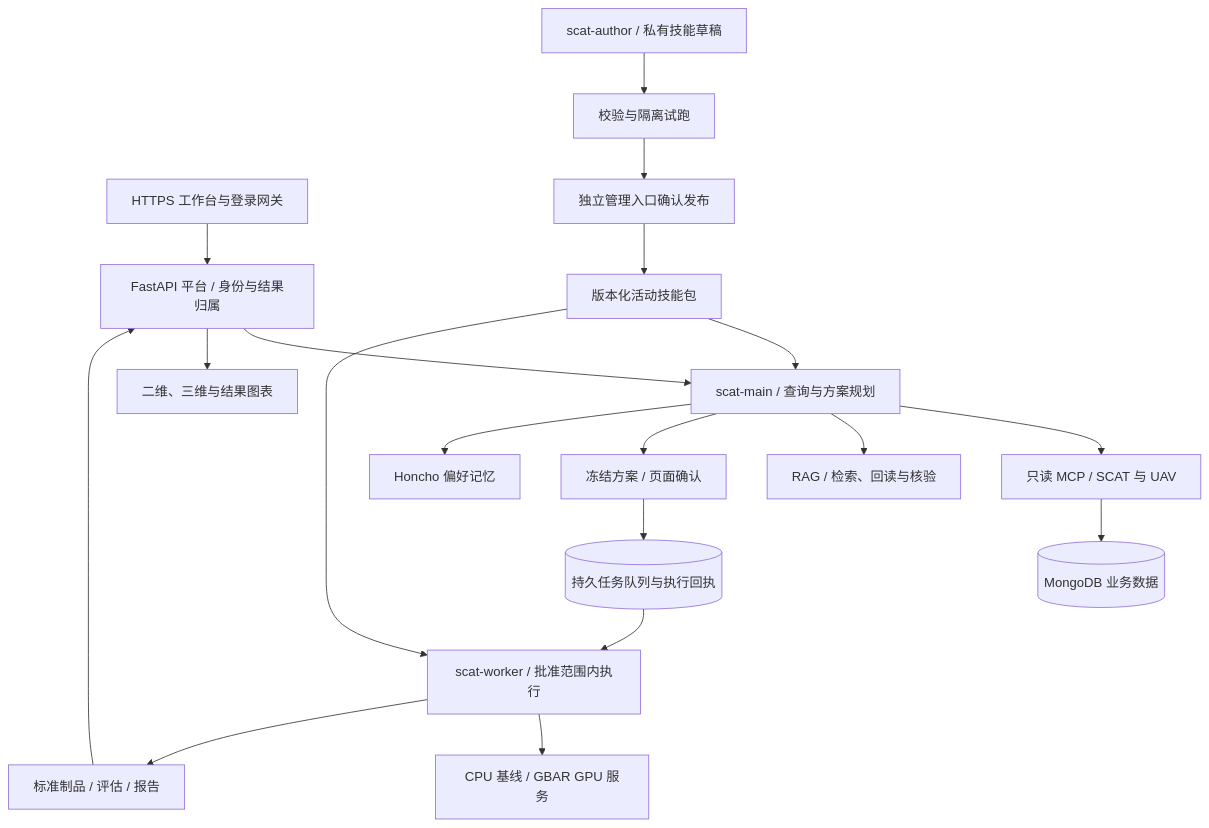
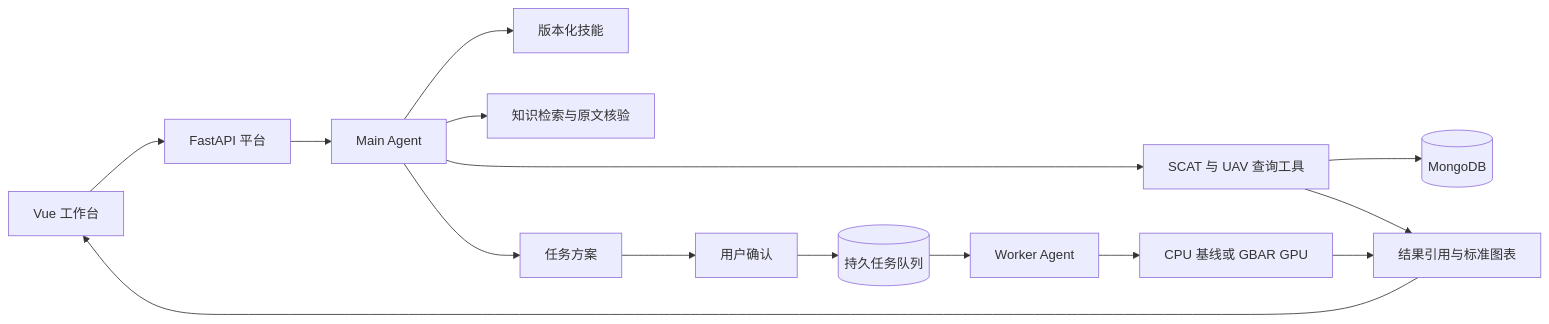
One commit to ham114/scat-hermes-platform changed the diagram in README.md. Above: the diagram before and after it, drawn with Mermaid. The commit also changed other lines of this file and 539 other files, not shown here.

````diff
--- a/README.md
+++ b/README.md
@@ -28,21 +28,17 @@
 ```mermaid
-flowchart TD
-    U[HTTPS 工作台与登录网关] --> P[FastAPI 平台 / 身份与结果归属]
-    P --> M[scat-main / 查询与方案规划]
-    M --> Q[只读 MCP / SCAT 与 UAV]
-    Q --> DB[(MongoDB 业务数据)]
-    M --> R[RAG / 检索、回读与核验]
-    M --> C[冻结方案 / 页面确认]
-    C --> J[(持久任务队列与执行回执)]
-    J --> W[scat-worker / 批准范围内执行]
-    W --> B[CPU 基线 / GBAR GPU 服务]
-    W --> A[标准制品 / 评估 / 报告]
-    A --> P
-    P --> V[二维、三维与结果图表]
-    M --> H[Honcho 偏好记忆]
-    S[scat-author / 私有技能草稿] --> T[校验与隔离试跑]
-    T --> G[独立管理入口确认发布]
-    G --> K[版本化活动技能包]
-    K --> M
-    K --> W
+flowchart LR
+    UI[Vue 工作台] --> API[FastAPI 平台]
+    API --> Main[Main Agent]
+    Main --> Skills[版本化技能]
+    Main --> MCP[SCAT 与 UAV 查询工具]
+    Main --> RAG[知识检索与原文核验]
+    MCP --> Data[(MongoDB)]
+    MCP --> Results[结果引用与标准图表]
+    Main --> Plan[任务方案]
+    Plan --> Confirm[用户确认]
+    Confirm --> Queue[(持久任务队列)]
+    Queue --> Worker[Worker Agent]
+    Worker --> Compute[CPU 基线或 GBAR GPU]
+    Compute --> Results
+    Results --> UI
 ```
````
